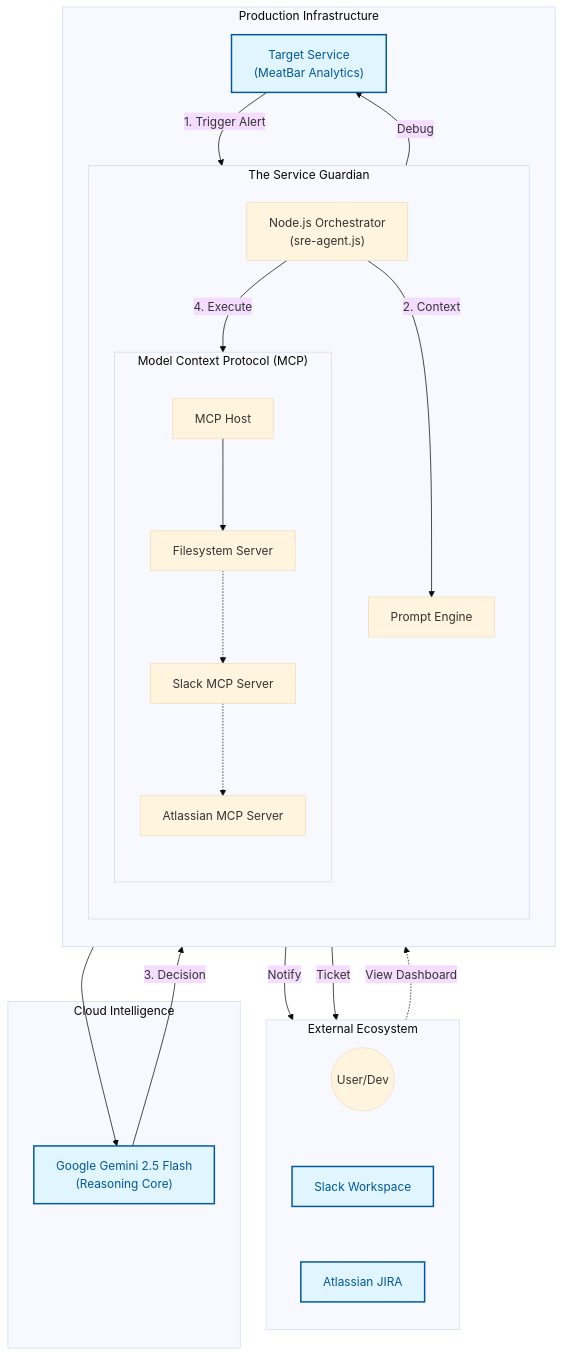
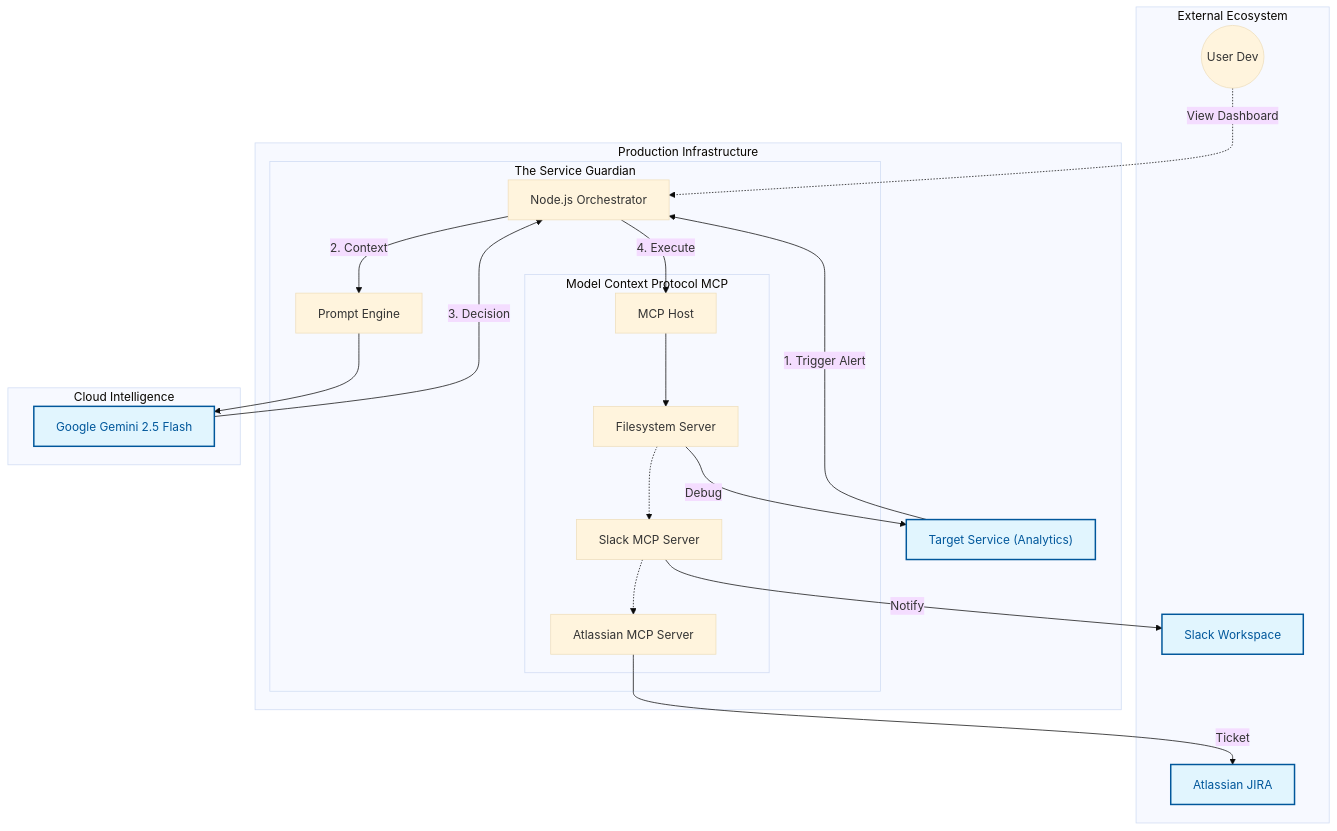
The diagram in architecture.mermaid (utkarshmehta/serviceGuardian), drawn with Mermaid (base theme) before and after one commit.

Commit message:
Fix Mermaid diagram syntax compatibility

````diff
--- a/architecture.mermaid
+++ b/architecture.mermaid
@@ -6,41 +6,29 @@
     classDef mcp fill:#fff3e0,stroke:#e65100,stroke-width:2px,color:#e65100;
     classDef infra fill:#e8f5e9,stroke:#1b5e20,stroke-width:2px,stroke-dasharray: 5 5,color:#1b5e20;
 
-    %% -----------------------------
     %% TOP: EXTERNAL TRIGGERS
-    %% -----------------------------
     subgraph UserSpace ["External Ecosystem"]
-        direction TB
-        User((User/Dev))
+        User((User Dev))
         Slack["Slack Workspace"]:::cloud
         JIRA["Atlassian JIRA"]:::cloud
-        
-        %% Force stack
-        User ~~~ Slack ~~~ JIRA
     end
 
-    %% -----------------------------
     %% MIDDLE: INFRASTRUCTURE
-    %% -----------------------------
     subgraph Infrastructure ["Production Infrastructure"]
         class Infrastructure infra
-        direction TB
         
-        TargetService["Target Service<br/>(MeatBar Analytics)"]:::cloud
+        TargetService["Target Service (Analytics)"]:::cloud
         
         subgraph Guardian ["The Service Guardian"]
             class Guardian agent
-            direction TB
             
-            Orchestrator["Node.js Orchestrator<br/>(sre-agent.js)"]
+            Orchestrator["Node.js Orchestrator"]
             PromptEngine["Prompt Engine"]
             
-            subgraph ToolLayer ["Model Context Protocol (MCP)"]
+            subgraph ToolLayer ["Model Context Protocol MCP"]
                 class ToolLayer mcp
-                direction TB
                 MCP_Client["MCP Host"]
                 
-                %% Stacked Tools
                 FS_Server["Filesystem Server"]
                 Slack_Server["Slack MCP Server"]
                 Jira_Server["Atlassian MCP Server"]
@@ -52,33 +40,21 @@
         end
     end
 
-    %% -----------------------------
     %% BOTTOM: INTELLIGENCE
-    %% -----------------------------
     subgraph Intelligence ["Cloud Intelligence"]
-        Gemini["Google Gemini 2.5 Flash<br/>(Reasoning Core)"]:::cloud
+        Gemini["Google Gemini 2.5 Flash"]:::cloud
     end
 
-    %% -----------------------------
     %% CONNECTIONS
-    %% -----------------------------
-    
-    %% Alert Flow
     TargetService -- "1. Trigger Alert" --> Orchestrator
-    
-    %% Reasoning Loop
     Orchestrator -- "2. Context" --> PromptEngine
     PromptEngine --> Gemini
     Gemini -- "3. Decision" --> Orchestrator
-    
-    %% Action Flow
     Orchestrator -- "4. Execute" --> MCP_Client
     
-    %% Tool Impacts
     FS_Server -- "Debug" --> TargetService
     Slack_Server -- "Notify" --> Slack
     Jira_Server -- "Ticket" --> JIRA
     
-    %% Feedback
     User -.-> |"View Dashboard"| Orchestrator
 ```
````
